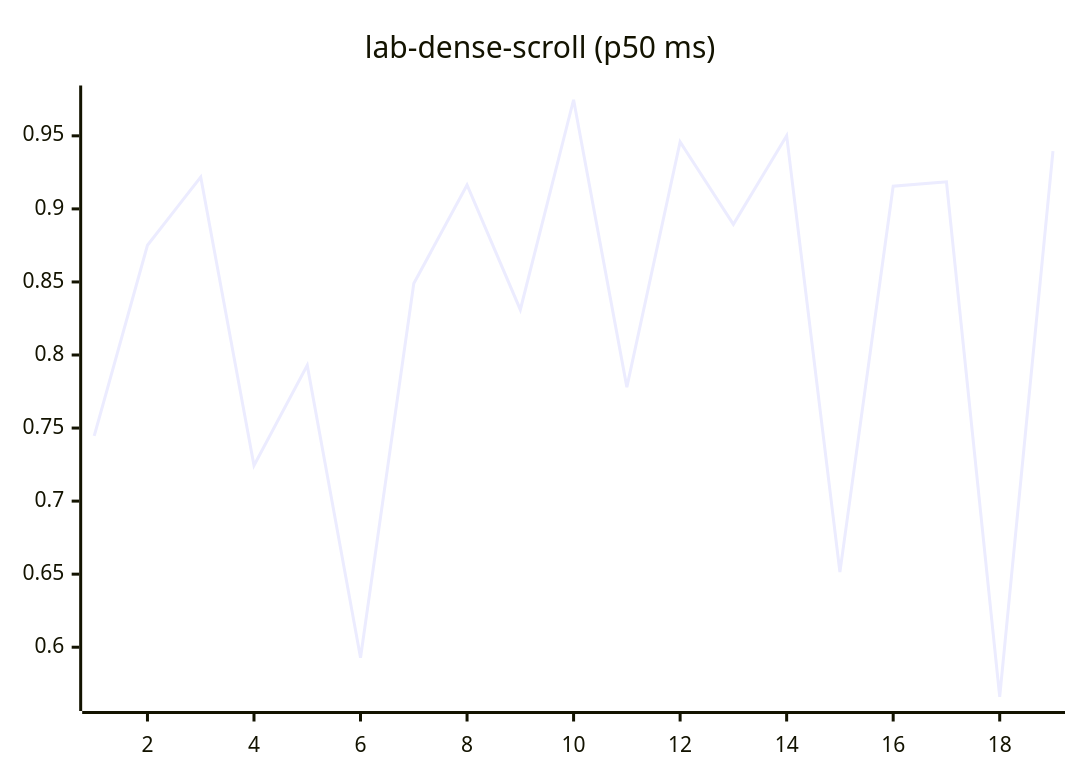
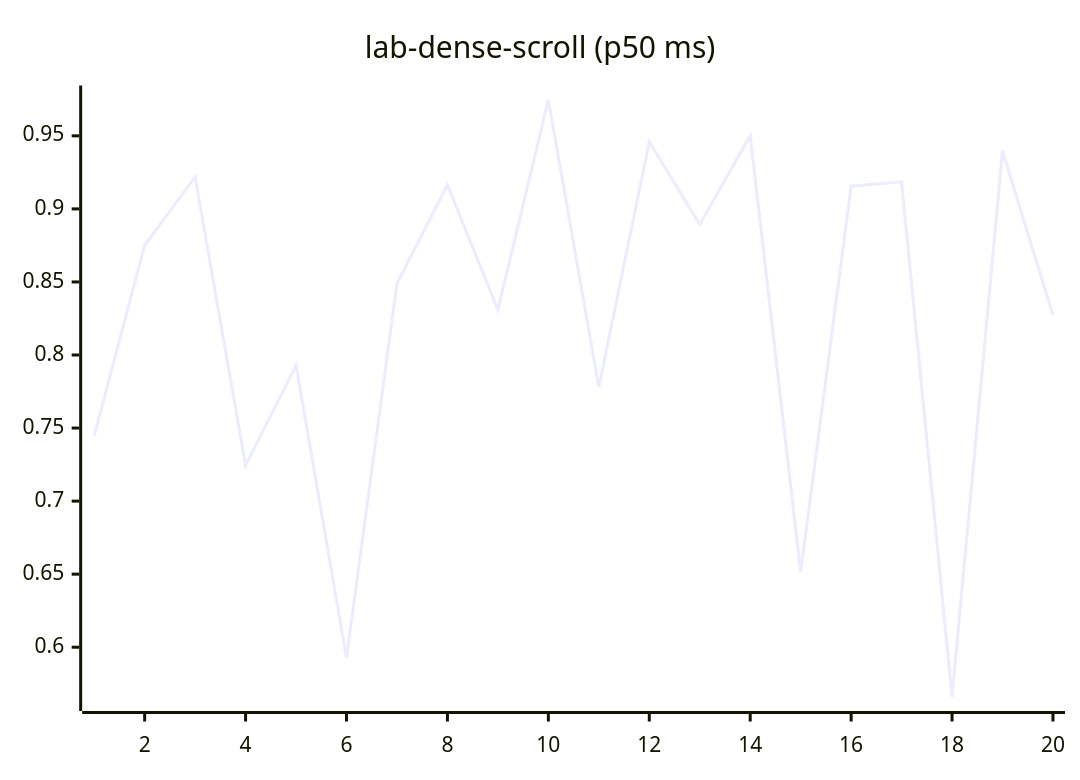
One commit to josha/Facet changed diagram 12 of 27 in README.md. Above: the diagram before and after it, drawn with Mermaid. The commit also changed other lines of this file and 2 other files, not shown here.

````diff
--- a/README.md
+++ b/README.md
@@ -140,6 +140,6 @@
 ```mermaid
 xychart-beta
     title "lab-dense-scroll (p50 ms)"
-    x-axis 1 --> 19
-    line [0.7446, 0.8751, 0.9218, 0.7244, 0.7929, 0.5928, 0.8489, 0.9164, 0.8310, 0.9747, 0.7780, 0.9459, 0.8894, 0.9501, 0.6514, 0.9155, 0.9185, 0.5661, 0.9396]
+    x-axis 1 --> 20
+    line [0.7446, 0.8751, 0.9218, 0.7244, 0.7929, 0.5928, 0.8489, 0.9164, 0.8310, 0.9747, 0.7780, 0.9459, 0.8894, 0.9501, 0.6514, 0.9155, 0.9185, 0.5661, 0.9396, 0.8271]
 ```
````
